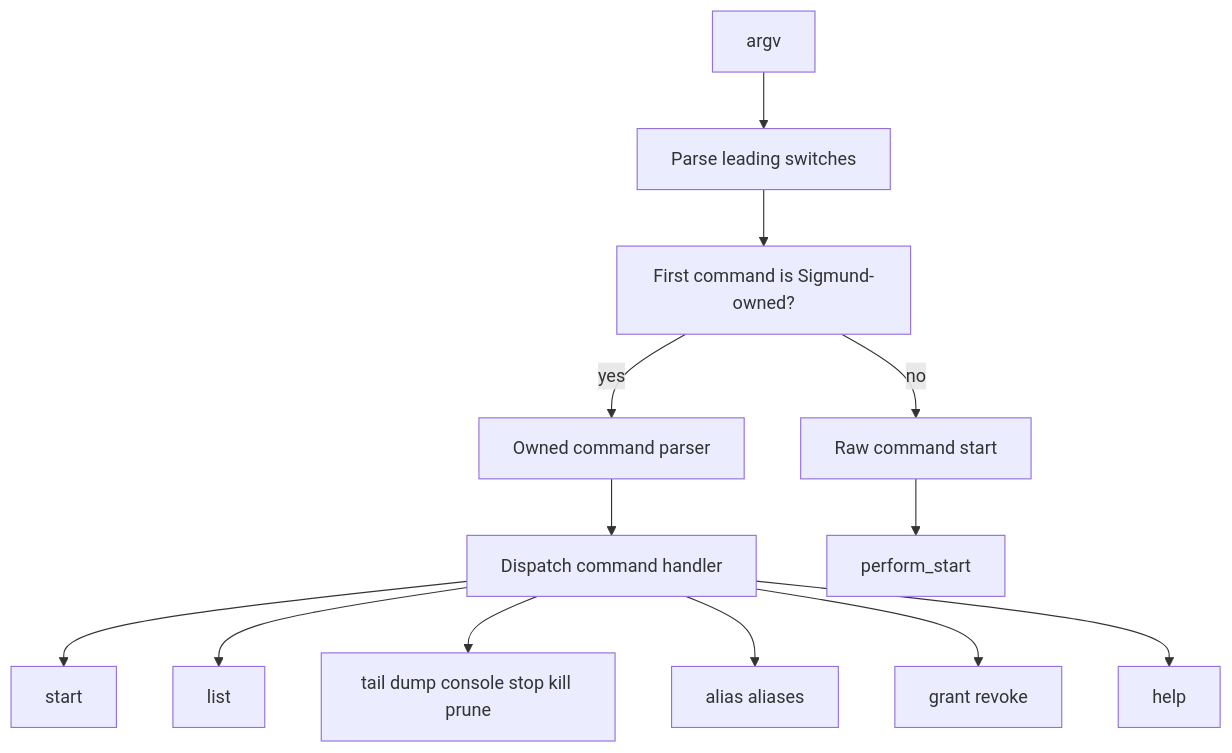
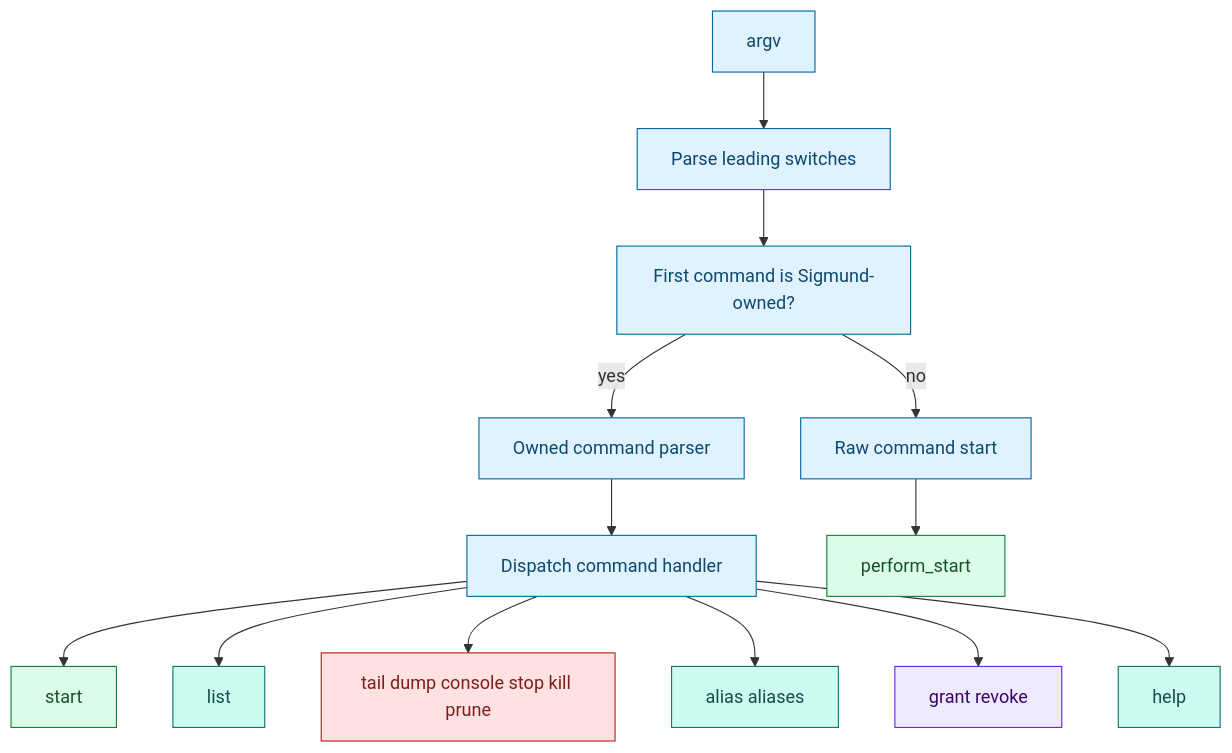
The diagram in docs/cli-contract.md (RchGrav/onhold), drawn with Mermaid before and after one commit. The commit also changed other lines of this file and 13 other files, not shown here.

````diff
--- a/docs/cli-contract.md
+++ b/docs/cli-contract.md
@@ -7,15 +9,26 @@
 ```mermaid
 flowchart TD
     Args["argv"] --> Leading["Parse leading switches"]
     Leading --> OwnedCheck["First command is Sigmund-owned?"]
     OwnedCheck -->|yes| Owned["Owned command parser"]
     OwnedCheck -->|no| Raw["Raw command start"]
     Owned --> Dispatch["Dispatch command handler"]
     Raw --> Start["perform_start"]
     Dispatch --> StartCmd["start"]
     Dispatch --> List["list"]
     Dispatch --> Actions["tail dump console stop kill prune"]
     Dispatch --> Alias["alias aliases"]
     Dispatch --> Access["grant revoke"]
     Dispatch --> Help["help"]
+
+    classDef entry fill:#e0f2fe,stroke:#0369a1,color:#0c4a6e
+    classDef launch fill:#dcfce7,stroke:#15803d,color:#14532d
+    classDef action fill:#fee2e2,stroke:#b91c1c,color:#7f1d1d
+    classDef privilege fill:#ede9fe,stroke:#6d28d9,color:#3b0764
+    classDef script fill:#ccfbf1,stroke:#0f766e,color:#134e4a
+    class Args,Leading,OwnedCheck,Owned,Raw,Dispatch entry
+    class Start,StartCmd launch
+    class Actions action
+    class Access privilege
+    class List,Alias,Help script
 ```
````
